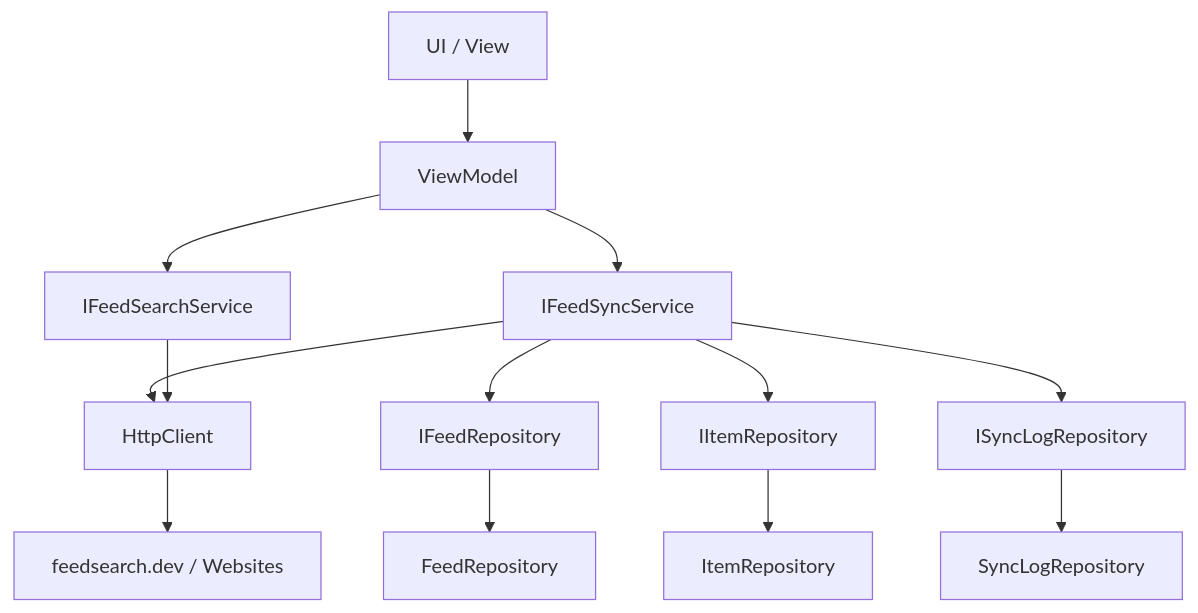
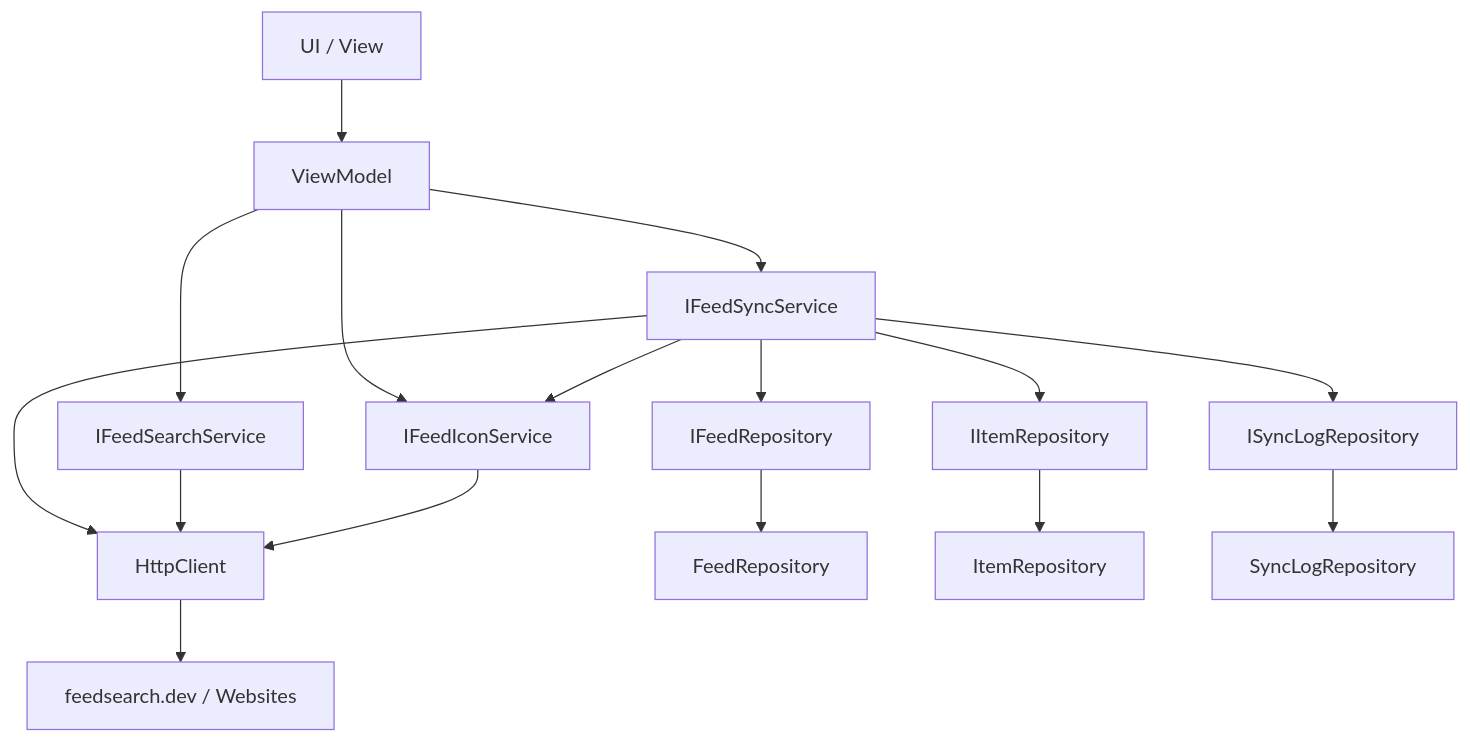
Before and after one commit to martin-stromberg/Reporter: the diagram in docs/help/anwendung/architektur.md, drawn with Mermaid. The commit also changed other lines of this file and 112 other files, not shown here.

````diff
--- a/docs/help/anwendung/architektur.md
+++ b/docs/help/anwendung/architektur.md
@@ -27,15 +27,18 @@
 ```mermaid
 graph TD
     A[UI / View] --> B[ViewModel]
     B --> C[IFeedSyncService]
     B --> K[IFeedSearchService]
+    B --> IC[IFeedIconService]
+    C --> IC
     C --> D[HttpClient]
     K --> D
+    IC --> D
     C --> E[IFeedRepository]
     C --> F[IItemRepository]
     C --> G[ISyncLogRepository]
     E --> H[FeedRepository]
     F --> I[ItemRepository]
     G --> J[SyncLogRepository]
     D --> L[feedsearch.dev / Websites]
 ```
````
